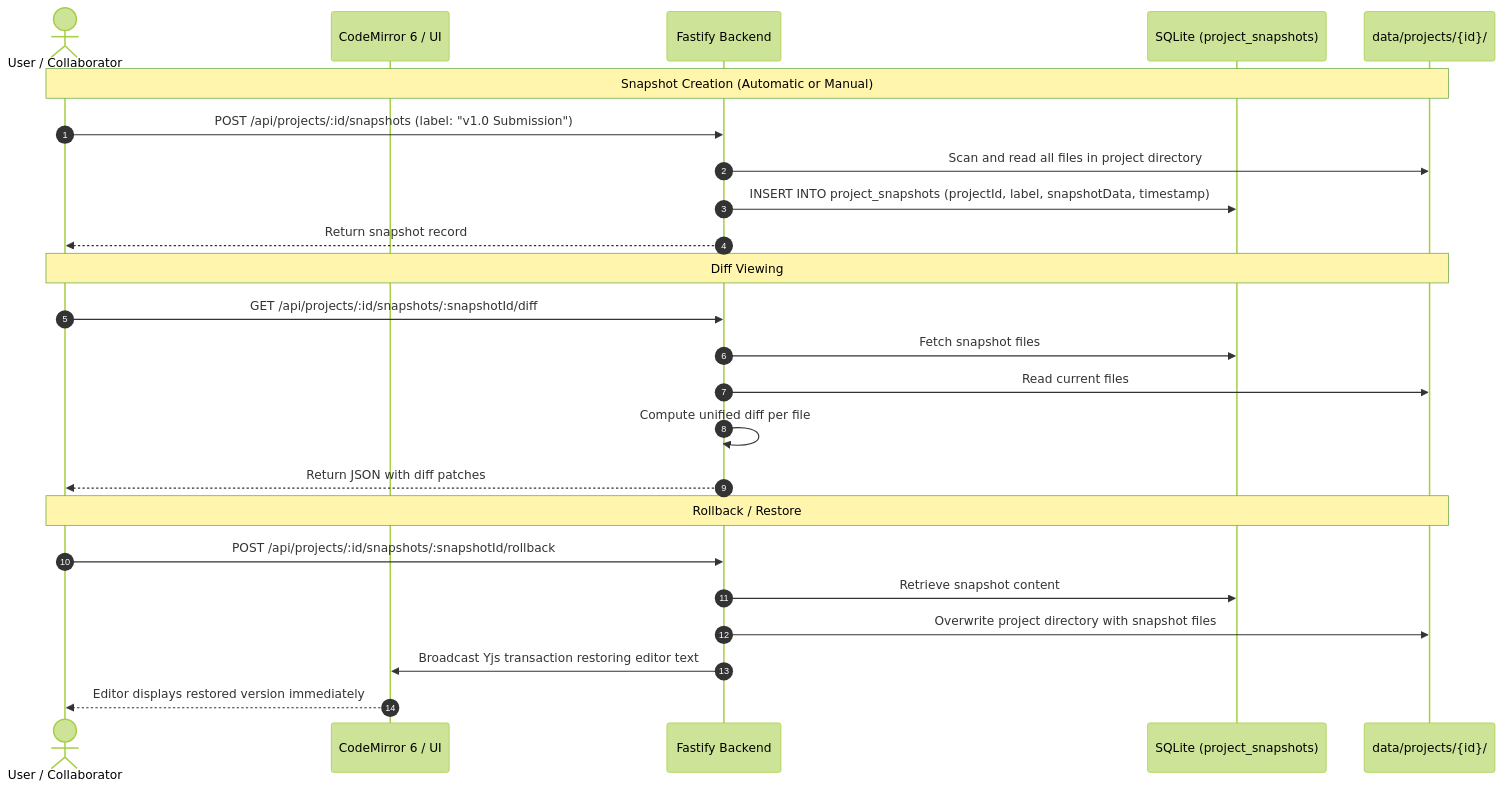
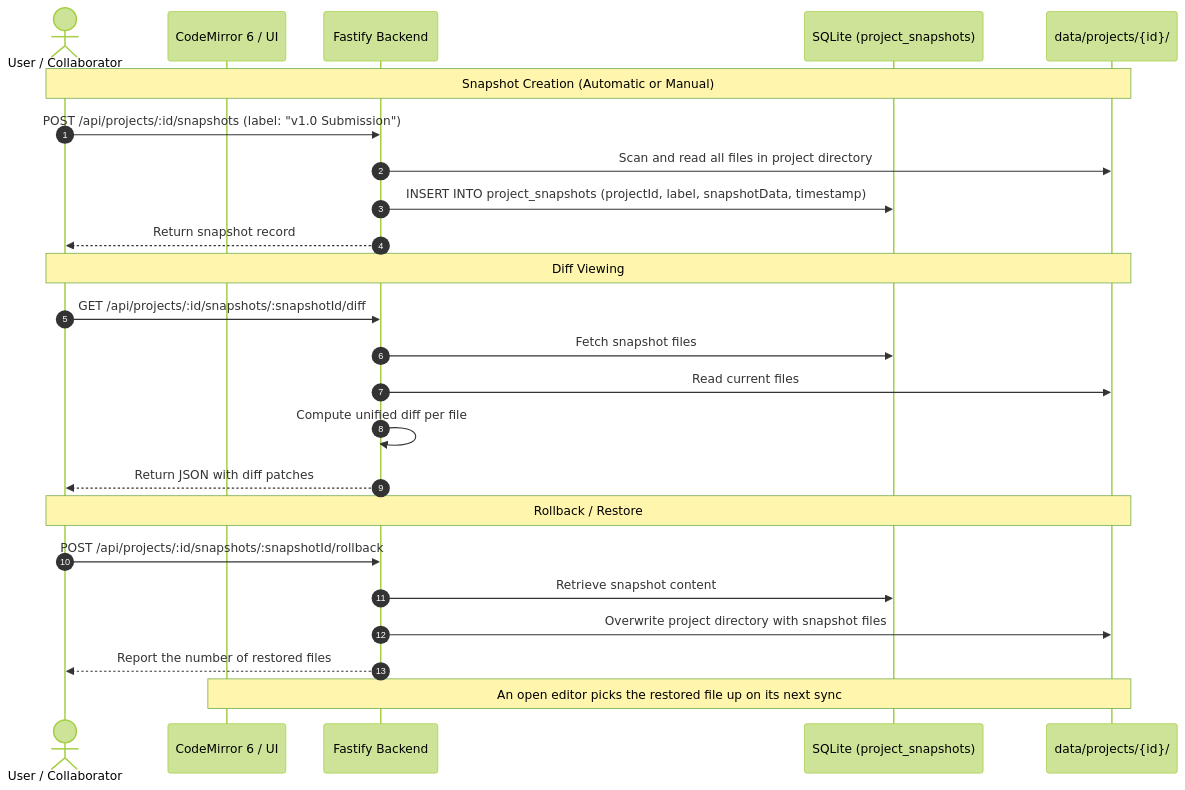
One commit to ashikonik/freeLatex changed the second of 3 diagrams in ARCHITECTURE.md. Above: the diagram before and after it, drawn with Mermaid (forest theme). The commit also changed other lines of this file and 17 other files, not shown here.

````diff
--- a/ARCHITECTURE.md
+++ b/ARCHITECTURE.md
@@ -94,29 +94,29 @@
 ```mermaid
 sequenceDiagram
     autonumber
     actor User as User / Collaborator
     participant Client as CodeMirror 6 / UI
     participant Server as Fastify Backend
     participant DB as SQLite (project_snapshots)
     participant Disk as data/projects/{id}/
 
     Note over User,Disk: Snapshot Creation (Automatic or Manual)
     User->>Server: POST /api/projects/:id/snapshots (label: "v1.0 Submission")
     Server->>Disk: Scan and read all files in project directory
     Server->>DB: INSERT INTO project_snapshots (projectId, label, snapshotData, timestamp)
     Server-->>User: Return snapshot record
 
     Note over User,Disk: Diff Viewing
     User->>Server: GET /api/projects/:id/snapshots/:snapshotId/diff
     Server->>DB: Fetch snapshot files
     Server->>Disk: Read current files
     Server->>Server: Compute unified diff per file
     Server-->>User: Return JSON with diff patches
 
     Note over User,Disk: Rollback / Restore
     User->>Server: POST /api/projects/:id/snapshots/:snapshotId/rollback
     Server->>DB: Retrieve snapshot content
     Server->>Disk: Overwrite project directory with snapshot files
-    Server->>Client: Broadcast Yjs transaction restoring editor text
-    Client-->>User: Editor displays restored version immediately
+    Server-->>User: Report the number of restored files
+    Note over Client,Disk: An open editor picks the restored file up on its next sync
 ```
````
